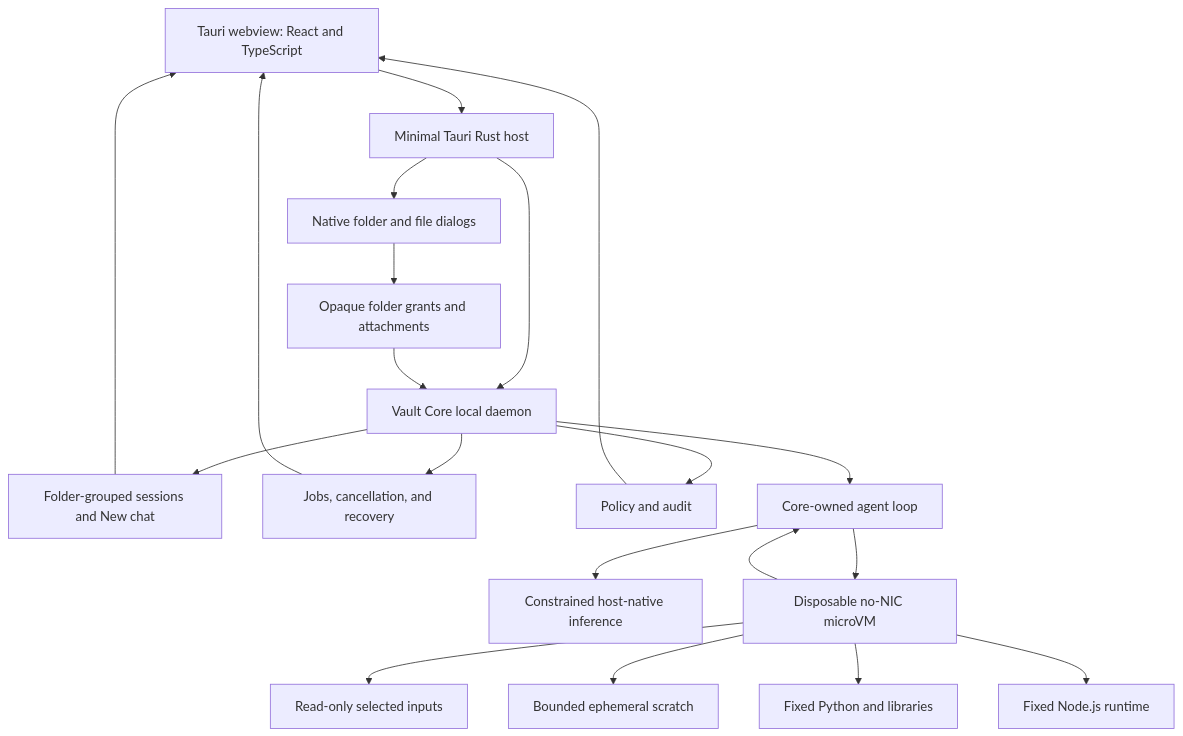
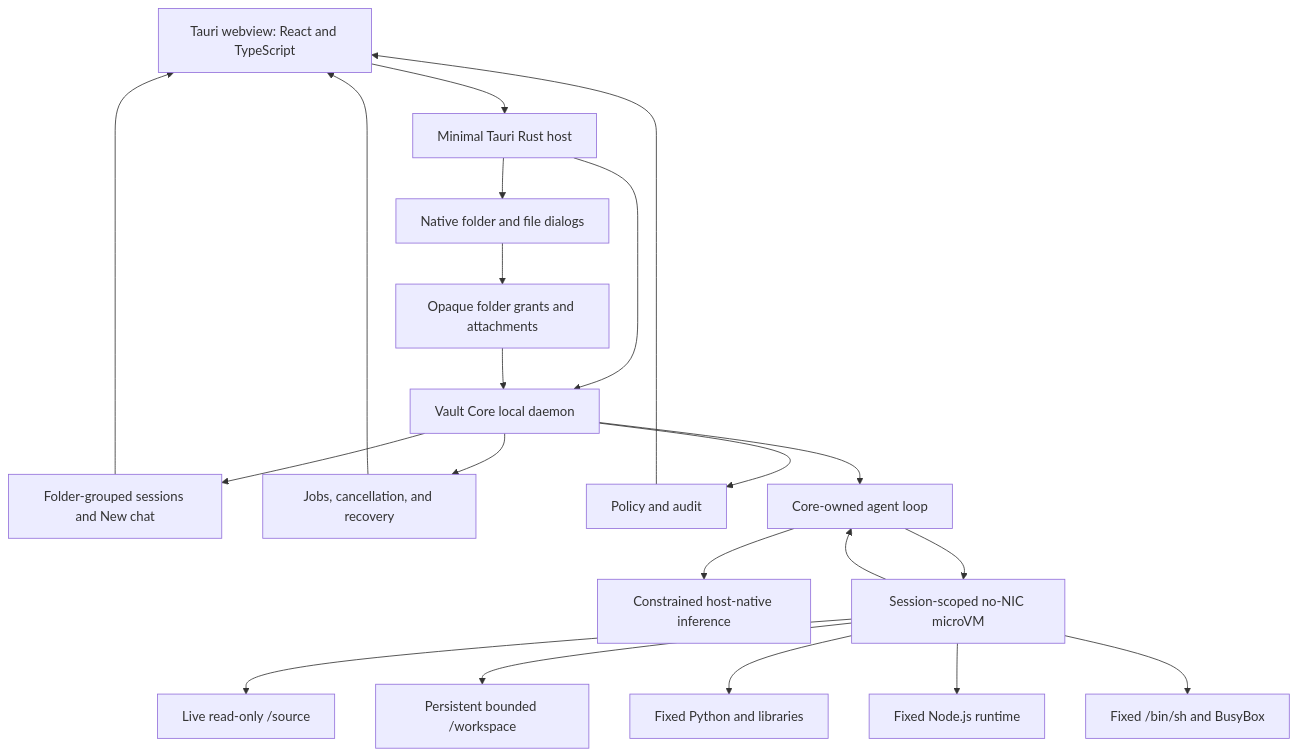
One commit to alex-alecu/vault-desk changed the diagram in docs/diagrams/desktop-architecture.md. Above: the diagram before and after it, drawn with Mermaid. The commit also changed other lines of this file and 72 other files, not shown here.

Commit message:
Add persistent offline agent workspace

````diff
--- a/docs/diagrams/desktop-architecture.md
+++ b/docs/diagrams/desktop-architecture.md
@@ -5,25 +5,26 @@
 ```mermaid
 flowchart TD
     UI["Tauri webview: React and TypeScript"] --> Host["Minimal Tauri Rust host"]
     Host --> Core["Vault Core local daemon"]
     Host --> Dialogs["Native folder and file dialogs"]
     Dialogs --> Grants["Opaque folder grants and attachments"]
     Grants --> Core
 
     Core --> Sessions["Folder-grouped sessions and New chat"]
     Core --> Jobs["Jobs, cancellation, and recovery"]
     Core --> Policy["Policy and audit"]
     Core --> Agent["Core-owned agent loop"]
 
     Agent --> Inference["Constrained host-native inference"]
-    Agent --> VM["Disposable no-NIC microVM"]
-    VM --> Inputs["Read-only selected inputs"]
-    VM --> Scratch["Bounded ephemeral scratch"]
+    Agent --> VM["Session-scoped no-NIC microVM"]
+    VM --> Inputs["Live read-only /source"]
+    VM --> Scratch["Persistent bounded /workspace"]
     VM --> Python["Fixed Python and libraries"]
     VM --> Node["Fixed Node.js runtime"]
+    VM --> Shell["Fixed /bin/sh and BusyBox"]
     VM --> Agent
 
     Sessions --> UI
     Jobs --> UI
     Policy --> UI
 ```
````
